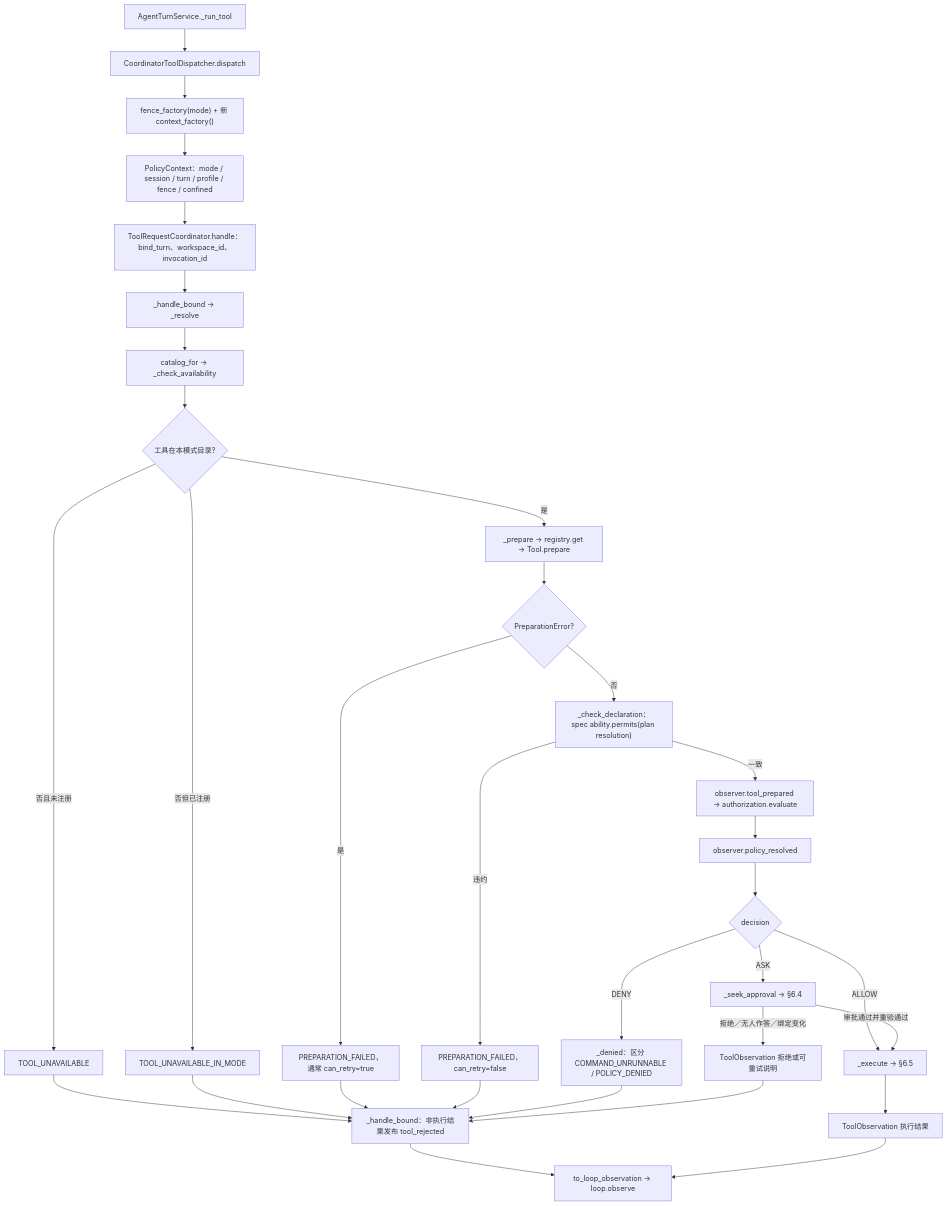
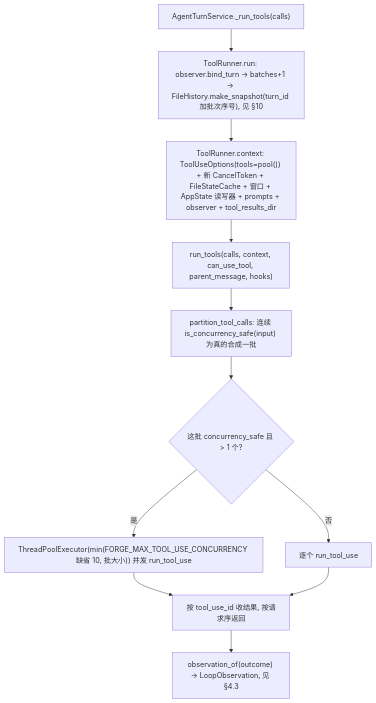
One commit to qubaolai/ForgeCLI changed diagram 19 of 50 in docs/06-代码阅读线路.md. Above: the diagram before and after it, drawn with Mermaid. The commit also changed other lines of this file and 292 other files, not shown here.

````diff
--- a/docs/06-代码阅读线路.md
+++ b/docs/06-代码阅读线路.md
@@ -834,34 +853,13 @@
 ```mermaid
 flowchart TD
-    A["AgentTurnService._run_tool"] --> B["CoordinatorToolDispatcher.dispatch"]
-    B --> C["fence_factory(mode) + 新 context_factory()"]
-    C --> D["PolicyContext：mode / session / turn / profile / fence / confined"]
-    D --> E["ToolRequestCoordinator.handle：bind_turn、workspace_id、invocation_id"]
-    E --> F["_handle_bound → _resolve"]
-    F --> G["catalog_for → _check_availability"]
-    G --> H{"工具在本模式目录?"}
-    H -->|否且未注册| I["TOOL_UNAVAILABLE"]
-    H -->|否但已注册| J["TOOL_UNAVAILABLE_IN_MODE"]
-    H -->|是| K["_prepare → registry.get → Tool.prepare"]
-    K --> L{"PreparationError?"}
-    L -->|是| M["PREPARATION_FAILED，通常 can_retry=true"]
-    L -->|否| N["_check_declaration：spec ability.permits(plan resolution)"]
-    N -->|违约| O["PREPARATION_FAILED，can_retry=false"]
-    N -->|一致| P["observer.tool_prepared → authorization.evaluate"]
-    P --> Q["observer.policy_resolved"]
-    Q --> R{"decision"}
-    R -->|DENY| S["_denied：区分 COMMAND_UNRUNNABLE / POLICY_DENIED"]
-    R -->|ASK| T["_seek_approval → §6.4"]
-    R -->|ALLOW| U["_execute → §6.5"]
-    T -->|审批通过并重验通过| U
-    T -->|拒绝／无人作答／绑定变化| V["ToolObservation 拒绝或可重试说明"]
-    U --> W["ToolObservation 执行结果"]
-    I --> X["_handle_bound：非执行结果发布 tool_rejected"]
-    J --> X
-    M --> X
-    O --> X
-    S --> X
-    V --> X
-    X --> Y["to_loop_observation → loop.observe"]
-    W --> Y
+    A["AgentTurnService._run_tools(calls)"] --> B["ToolRunner.run: observer.bind_turn → batches+1 → FileHistory.make_snapshot(turn_id 加批次序号), 见 §10"]
+    B --> C["ToolRunner.context: ToolUseOptions(tools=pool()) + 新 CancelToken + FileStateCache + 窗口 + AppState 读写器 + prompts + observer + tool_results_dir"]
+    C --> D["run_tools(calls, context, can_use_tool, parent_message, hooks)"]
+    D --> E["partition_tool_calls: 连续 is_concurrency_safe(input) 为真的合成一批"]
+    E --> F{"这批 concurrency_safe 且 > 1 个?"}
+    F -->|是| G["ThreadPoolExecutor(min(FORGE_MAX_TOOL_USE_CONCURRENCY 缺省 10, 批大小)) 并发 run_tool_use"]
+    F -->|否| H["逐个 run_tool_use"]
+    G --> I["按 tool_use_id 收结果, 按请求序返回"]
+    H --> I
+    I --> J["observation_of(outcome) → LoopObservation, 见 §4.3"]
 ```
````
